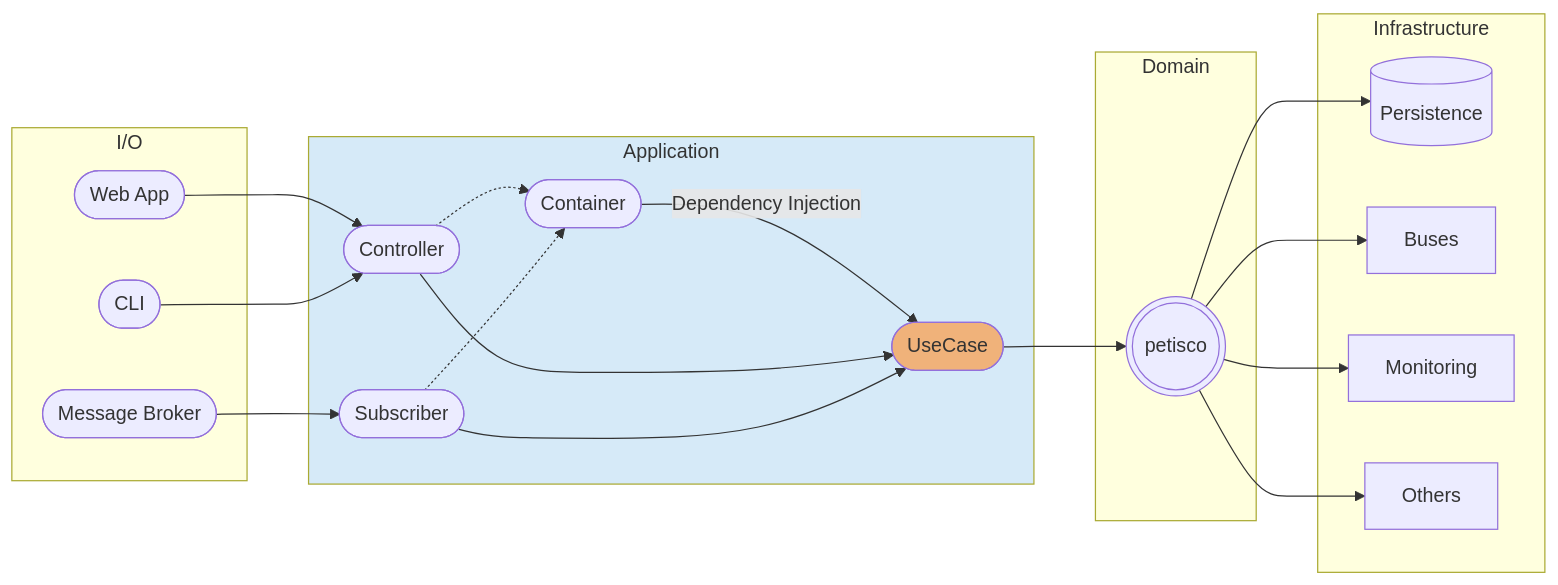
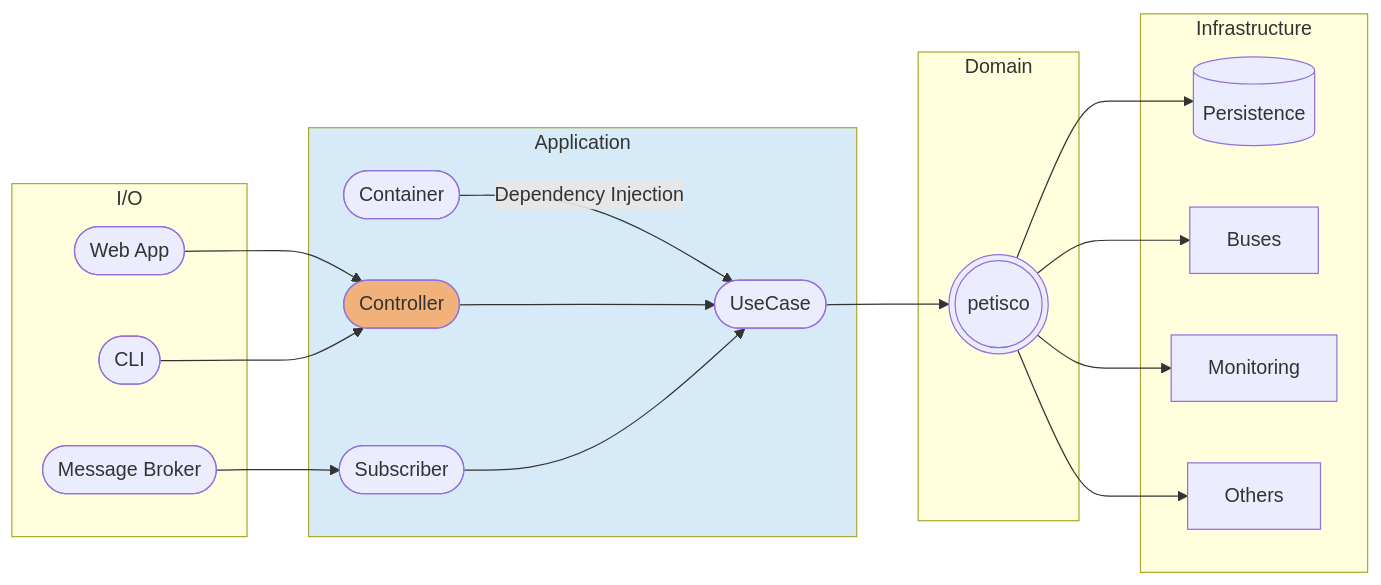
The fourth of 8 diagrams in docs/application.md (alice-biometrics/petisco), drawn with Mermaid before and after one commit. The commit also changed other lines of this file and 3 other files, not shown here.

````diff
--- a/docs/application.md
+++ b/docs/application.md
@@ -391,43 +244,42 @@
 ```mermaid
 flowchart LR
 
 		subgraph I/O
-		cli([CLI])
-        webapp([Web App])
-        message([Message Broker])
+            cli([CLI])
+            webapp([Web App])
+            message([Message Broker])
 		end
 		
-		dic([Container])		
-		dic-- Dependency Injection -->usecase
+		
 
 		subgraph Application
-		controller([Controller])
-		usecase([UseCase])
-		subscriber([Subscriber])
-		controller .-> dic
-		subscriber .-> dic
-		controller --> usecase
-		subscriber --> usecase
+            dic([Container])		
+            dic-- Dependency Injection -->usecase
+            controller([Controller])
+            usecase([UseCase])
+            subscriber([Subscriber])
+            controller --> usecase
+            subscriber --> usecase
 		end
 		
 		webapp --> controller
 		cli --> controller
 		message --> subscriber
 
 		subgraph Domain
         petisco(((petisco)))
 		end
 		
 		usecase --> petisco
 
 		subgraph Infrastructure
-		Persistence[(Persistence)]
-		petisco --> Persistence
-		petisco --> Buses
-		petisco --> Monitoring
-		petisco --> Others
+            Persistence[(Persistence)]
+            petisco --> Persistence
+            petisco --> Buses
+            petisco --> Monitoring
+            petisco --> Others
 		end
 		
-		style usecase fill:#F0B27A
+		style controller fill:#F0B27A
 		style Application fill:#D6EAF8
 ```
````
